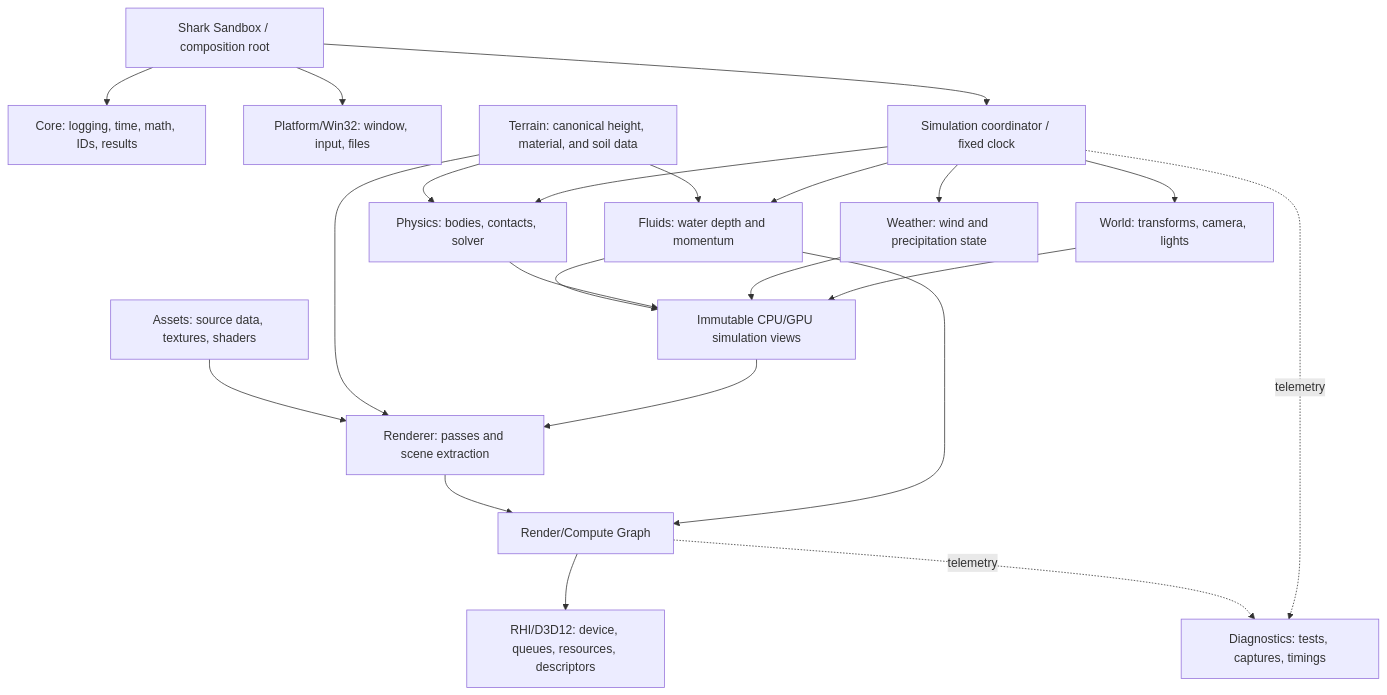
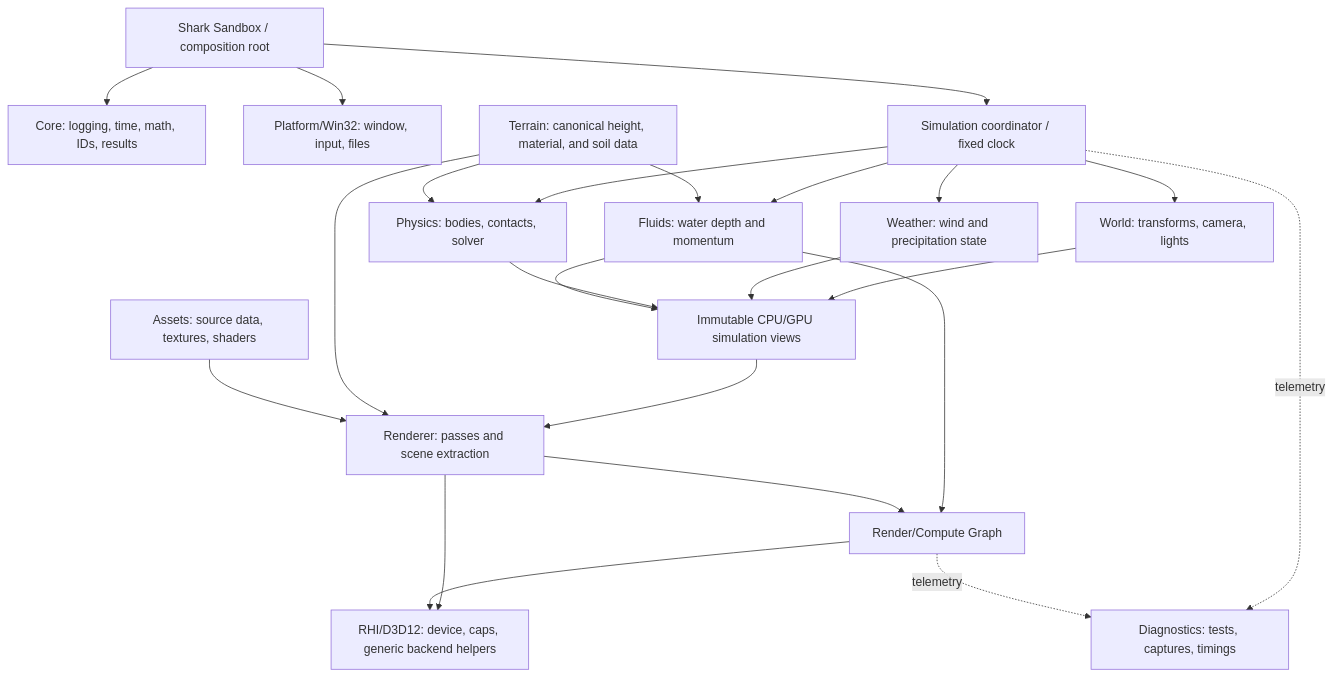
Before and after one commit to markdawes08/shark: the diagram in docs/ENGINE_PLAN.md, drawn with Mermaid. The commit also changed other lines of this file and 34 other files, not shown here.

````diff
--- a/docs/ENGINE_PLAN.md
+++ b/docs/ENGINE_PLAN.md
@@ -182,40 +229,41 @@
 ```mermaid
 flowchart TD
     App[Shark Sandbox / composition root]
     Core[Core: logging, time, math, IDs, results]
     Platform[Platform/Win32: window, input, files]
     Simulation[Simulation coordinator / fixed clock]
     World[World: transforms, camera, lights]
     Snapshot[Immutable CPU/GPU simulation views]
     Assets[Assets: source data, textures, shaders]
     Terrain[Terrain: canonical height, material, and soil data]
     Weather[Weather: wind and precipitation state]
     Physics[Physics: bodies, contacts, solver]
     Fluids[Fluids: water depth and momentum]
     Renderer[Renderer: passes and scene extraction]
     Graph[Render/Compute Graph]
-    RHI[RHI/D3D12: device, queues, resources, descriptors]
+    RHI[RHI/D3D12: device, caps, generic backend helpers]
     Diagnostics[Diagnostics: tests, captures, timings]
 
     App --> Core
     App --> Platform
     App --> Simulation
     Simulation --> World
     Simulation --> Weather
     Simulation --> Physics
     Simulation --> Fluids
     Terrain --> Physics
     Terrain --> Fluids
     World --> Snapshot
     Weather --> Snapshot
     Physics --> Snapshot
     Fluids --> Snapshot
     Snapshot --> Renderer
     Terrain --> Renderer
     Fluids --> Graph
     Renderer --> Graph
+    Renderer --> RHI
     Graph --> RHI
     Assets --> Renderer
     Simulation -. telemetry .-> Diagnostics
     Graph -. telemetry .-> Diagnostics
 ```
````
